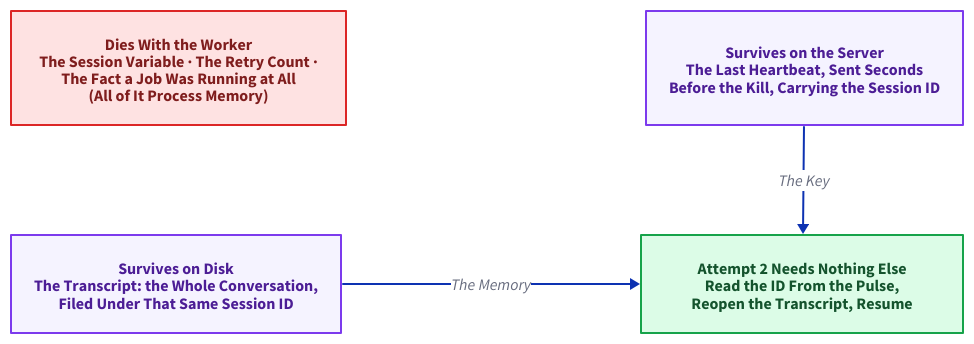
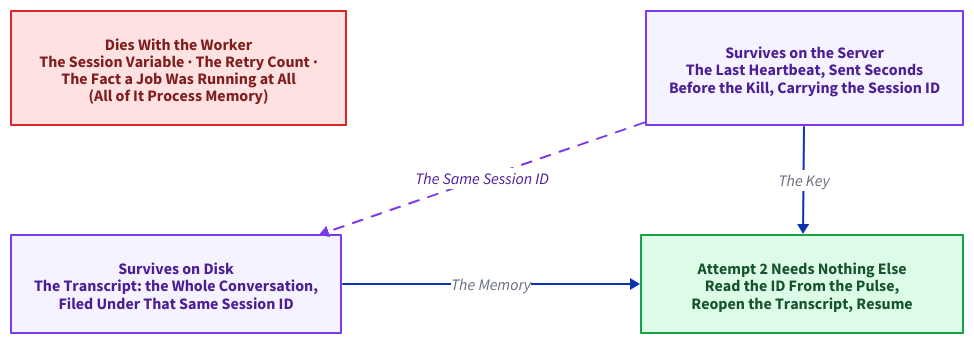
One commit to thumarrushik/crash-proof-team-of-coding-agents changed the diagram in assets/diagram-src/what-survives.d2. Above: the diagram before and after it, drawn with D2. The commit also changed 1 other file, not shown here.

Commit message:
what-survives diagram: draw the session-ID link between the pulse and the transcript

```diff
--- a/assets/diagram-src/what-survives.d2
+++ b/assets/diagram-src/what-survives.d2
@@ -1,20 +1,23 @@
 # What survives a kill: the two records the crash cannot reach, joined by the session ID.
 grid-rows: 2
 horizontal-gap: 300
 vertical-gap: 110
 
 mem: "Dies With the Worker\nThe Session Variable · The Retry Count ·\nThe Fact a Job Was Running at All\n(All of It Process Memory)" {
   style: {fill: "#fee2e2"; stroke: "#dc2626"; font-color: "#7f1d1d"; bold: true}
 }
 pulse: "Survives on the Server\nThe Last Heartbeat, Sent Seconds\nBefore the Kill, Carrying the Session ID" {
   style: {fill: "#f5f3ff"; stroke: "#7c3aed"; font-color: "#4c1d95"; bold: true}
 }
 transcript: "Survives on Disk\nThe Transcript: the Whole Conversation,\nFiled Under That Same Session ID" {
   style: {fill: "#f5f3ff"; stroke: "#7c3aed"; font-color: "#4c1d95"; bold: true}
 }
 resume: "Attempt 2 Needs Nothing Else\nRead the ID From the Pulse,\nReopen the Transcript, Resume" {
   style: {fill: "#dcfce7"; stroke: "#16a34a"; font-color: "#14532d"; bold: true}
 }
 
+pulse -> transcript: "The Same Session ID" {
+  style: {stroke: "#7c3aed"; font-color: "#4c1d95"; stroke-dash: 5}
+}
 pulse -> resume: "The Key"
 transcript -> resume: "The Memory"
```
